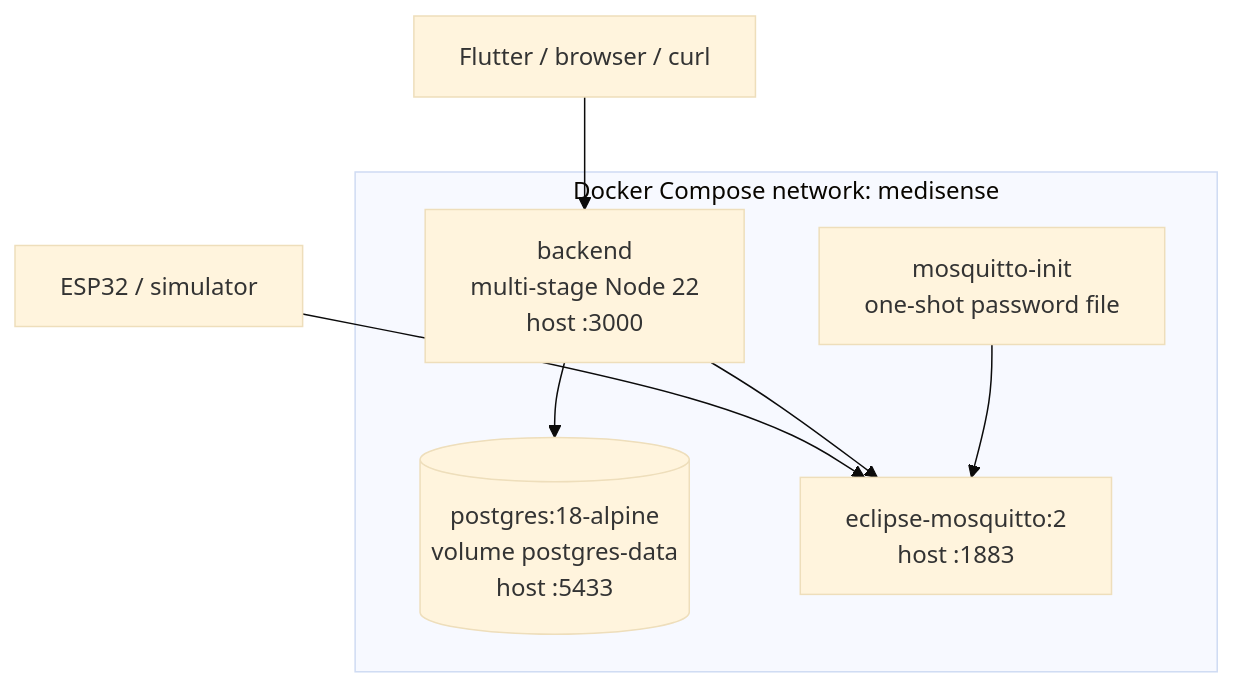
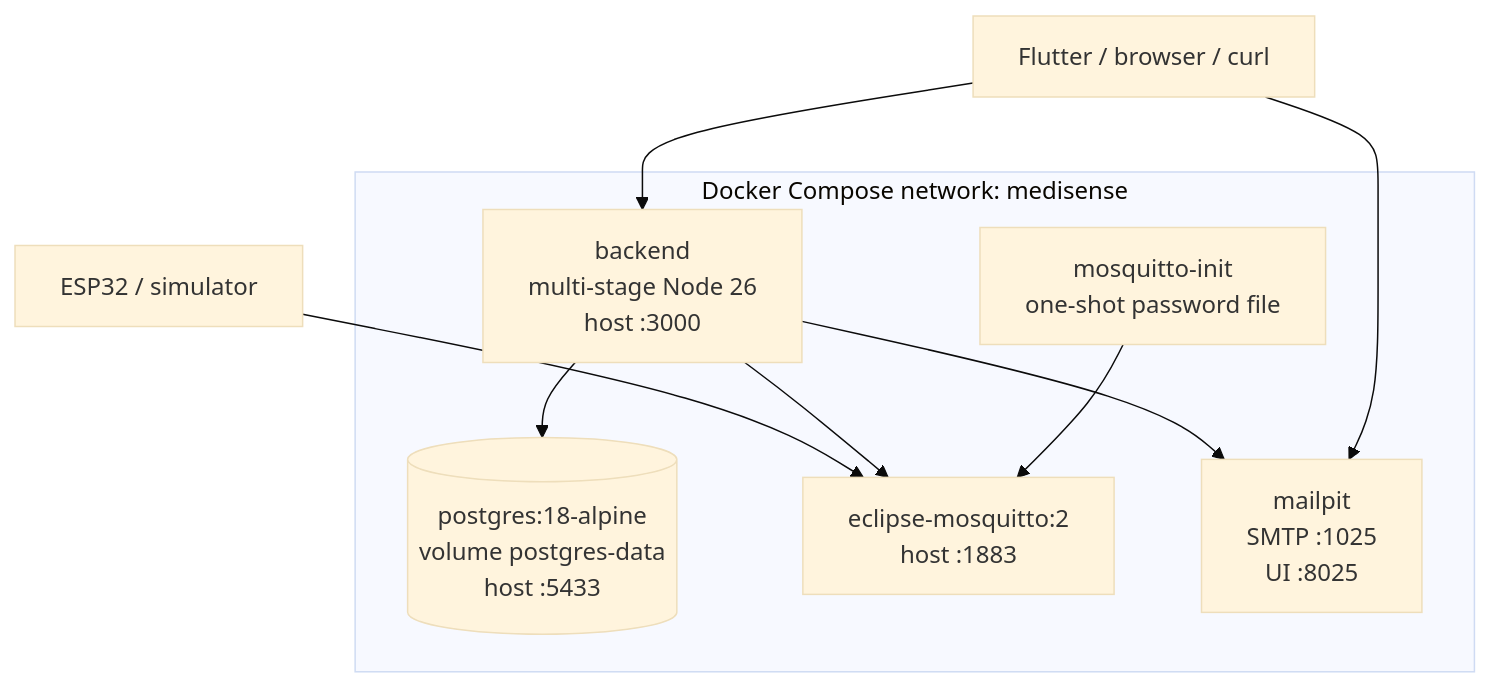
Before and after one commit to vikry28/medisense: the eighth of 8 diagrams in infrastructure/doc/architecture.md, drawn with Mermaid (base theme). The commit also changed other lines of this file and 10 other files, not shown here.

````diff
--- a/infrastructure/doc/architecture.md
+++ b/infrastructure/doc/architecture.md
@@ -648,14 +709,17 @@
 ```mermaid
 flowchart TB
   subgraph Docker["Docker Compose network: medisense"]
     PG[("postgres:18-alpine<br/>volume postgres-data<br/>host :5433")]
     MINIT["mosquitto-init<br/>one-shot password file"]
     MQ["eclipse-mosquitto:2<br/>host :1883"]
-    BE["backend<br/>multi-stage Node 22<br/>host :3000"]
+    MAIL["mailpit<br/>SMTP :1025<br/>UI :8025"]
+    BE["backend<br/>multi-stage Node 26<br/>host :3000"]
   end
   DEV["ESP32 / simulator"] --> MQ
   BE --> MQ
   BE --> PG
+  BE --> MAIL
   MINIT --> MQ
   USER["Flutter / browser / curl"] --> BE
+  USER --> MAIL
 ```
````
